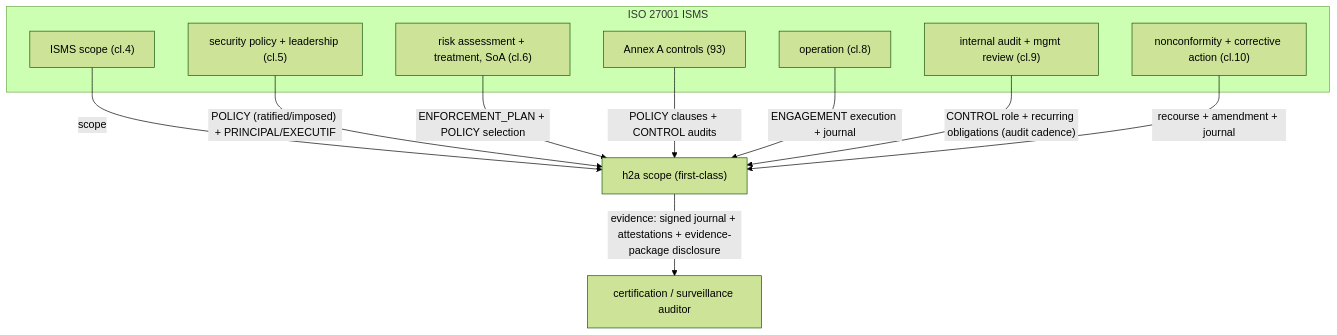
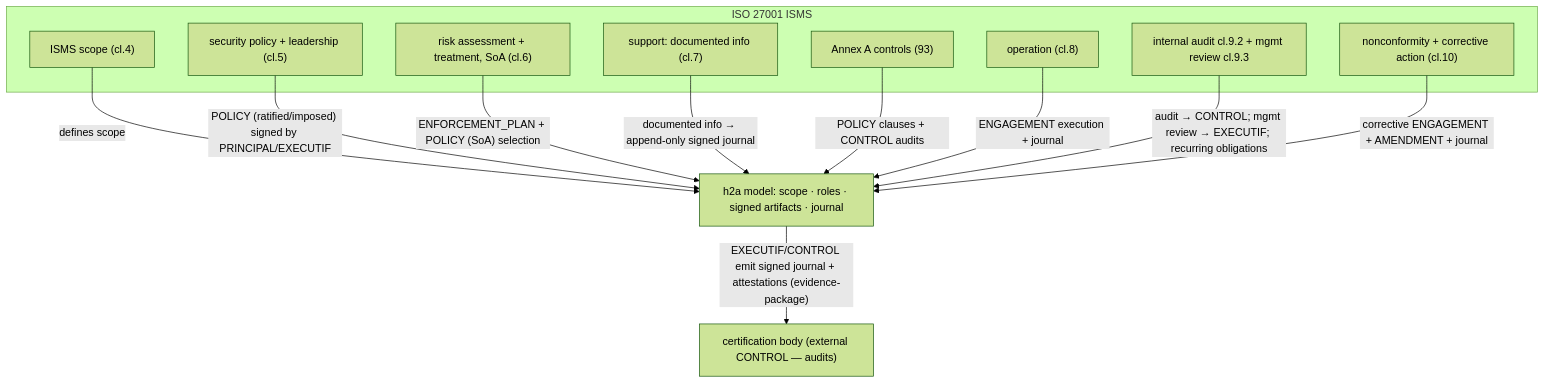
Before and after one commit to rhanka/h2a: the diagram in evaluations/iso-27001.md, drawn with Mermaid (forest theme). The commit also changed other lines of this file and 6 other files, not shown here.

````diff
--- a/evaluations/iso-27001.md
+++ b/evaluations/iso-27001.md
@@ -11,20 +11,22 @@
 ```mermaid
 flowchart TB
   subgraph ISMS["ISO 27001 ISMS"]
     SC["ISMS scope (cl.4)"]
     LP["security policy + leadership (cl.5)"]
     RT["risk assessment + treatment, SoA (cl.6)"]
+    SP["support: documented info (cl.7)"]
     AX["Annex A controls (93)"]
     OP["operation (cl.8)"]
-    PE["internal audit + mgmt review (cl.9)"]
+    PE["internal audit cl.9.2 + mgmt review cl.9.3"]
     IM["nonconformity + corrective action (cl.10)"]
   end
-  SC -->|"scope"| H["h2a scope (first-class)"]
-  LP -->|"POLICY (ratified/imposed) + PRINCIPAL/EXECUTIF"| H
-  RT -->|"ENFORCEMENT_PLAN + POLICY selection"| H
+  SC -->|"defines scope"| H["h2a model: scope · roles · signed artifacts · journal"]
+  LP -->|"POLICY (ratified/imposed) signed by PRINCIPAL/EXECUTIF"| H
+  RT -->|"ENFORCEMENT_PLAN + POLICY (SoA) selection"| H
+  SP -->|"documented info → append-only signed journal"| H
   AX -->|"POLICY clauses + CONTROL audits"| H
   OP -->|"ENGAGEMENT execution + journal"| H
-  PE -->|"CONTROL role + recurring obligations (audit cadence)"| H
-  IM -->|"recourse + amendment + journal"| H
-  H -->|"evidence: signed journal + attestations + evidence-package disclosure"| AUD["certification / surveillance auditor"]
+  PE -->|"audit → CONTROL; mgmt review → EXECUTIF; recurring obligations"| H
+  IM -->|"corrective ENGAGEMENT + AMENDMENT + journal"| H
+  H -->|"EXECUTIF/CONTROL emit signed journal + attestations (evidence-package)"| AUD["certification body (external CONTROL — audits)"]
 ```
````
